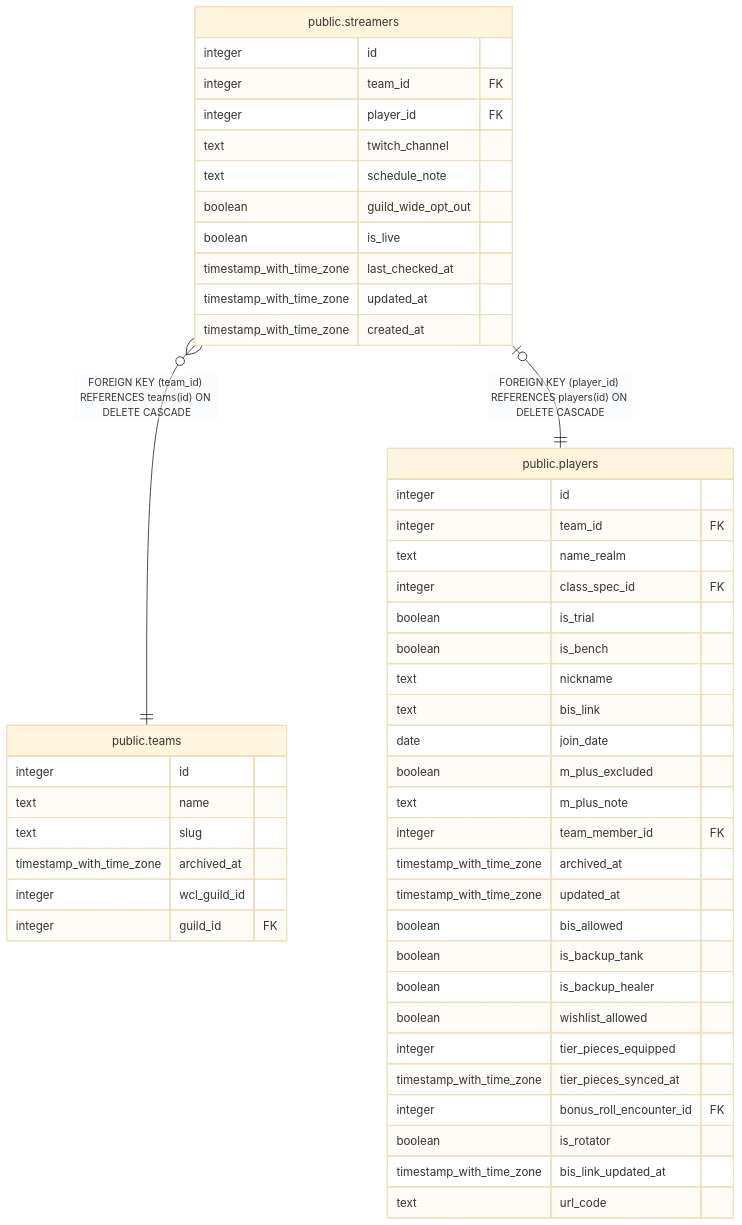
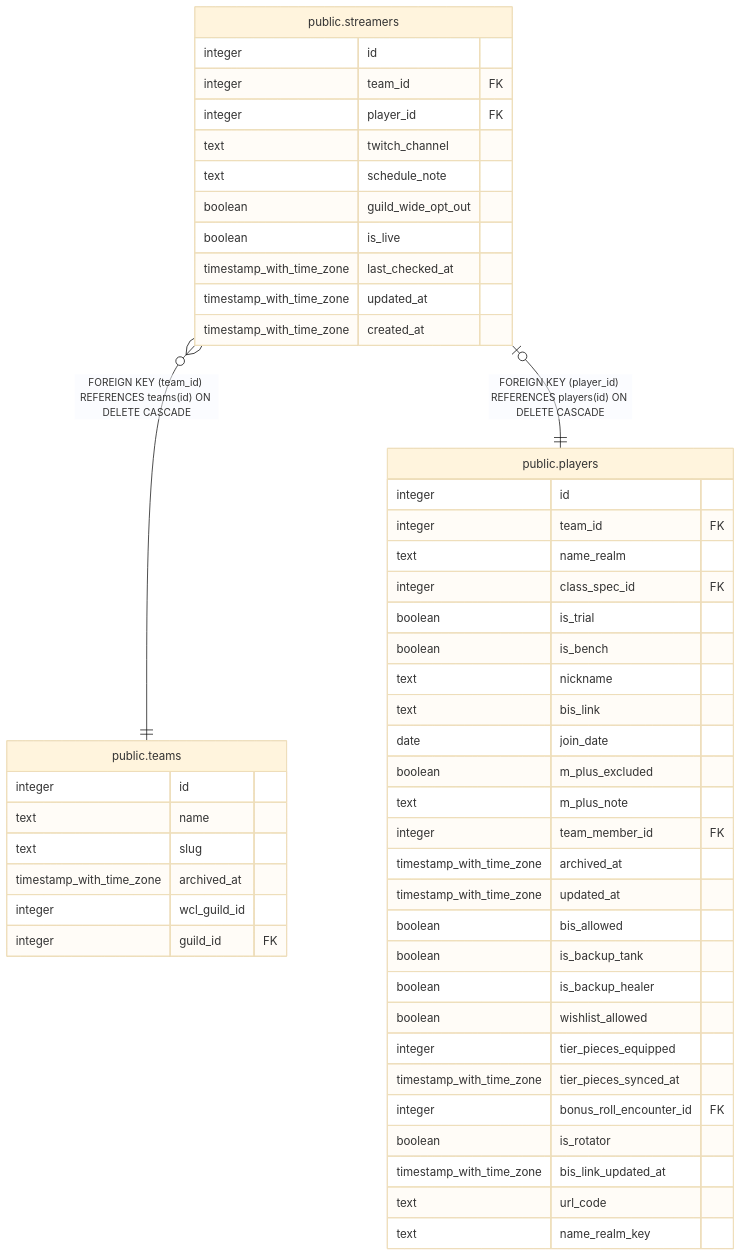
The diagram in dbdoc/public.streamers.md (katogaming88/WGA-Raid-Hub), drawn with Mermaid (base theme) before and after one commit. The commit also changed 50 other files, not shown here.

````diff
--- a/dbdoc/public.streamers.md
+++ b/dbdoc/public.streamers.md
@@ -43,53 +43,54 @@
 ```mermaid
 erDiagram
 
 "public.streamers" }o--|| "public.teams" : "FOREIGN KEY (team_id) REFERENCES teams(id) ON DELETE CASCADE"
 "public.streamers" |o--|| "public.players" : "FOREIGN KEY (player_id) REFERENCES players(id) ON DELETE CASCADE"
 
 "public.streamers" {
   integer id
   integer team_id FK
   integer player_id FK
   text twitch_channel
   text schedule_note
   boolean guild_wide_opt_out
   boolean is_live
   timestamp_with_time_zone last_checked_at
   timestamp_with_time_zone updated_at
   timestamp_with_time_zone created_at
 }
 "public.teams" {
   integer id
   text name
   text slug
   timestamp_with_time_zone archived_at
   integer wcl_guild_id
   integer guild_id FK
 }
 "public.players" {
   integer id
   integer team_id FK
   text name_realm
   integer class_spec_id FK
   boolean is_trial
   boolean is_bench
   text nickname
   text bis_link
   date join_date
   boolean m_plus_excluded
   text m_plus_note
   integer team_member_id FK
   timestamp_with_time_zone archived_at
   timestamp_with_time_zone updated_at
   boolean bis_allowed
   boolean is_backup_tank
   boolean is_backup_healer
   boolean wishlist_allowed
   integer tier_pieces_equipped
   timestamp_with_time_zone tier_pieces_synced_at
   integer bonus_roll_encounter_id FK
   boolean is_rotator
   timestamp_with_time_zone bis_link_updated_at
   text url_code
+  text name_realm_key
 }
 ```
````
